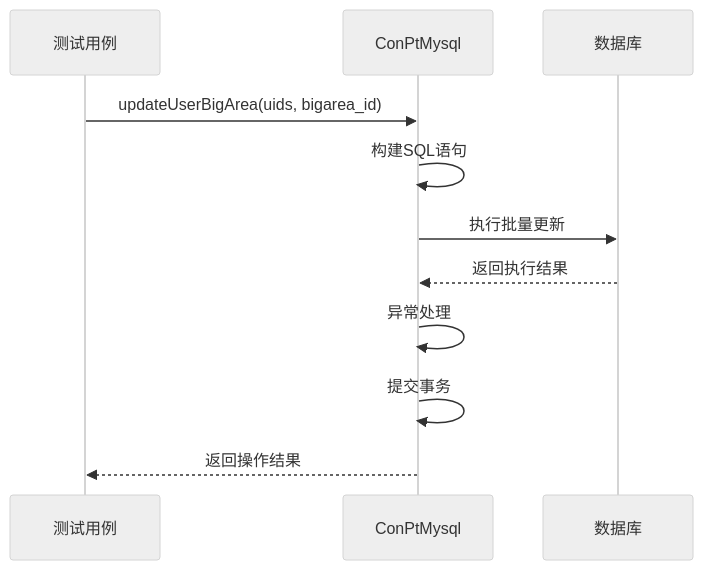
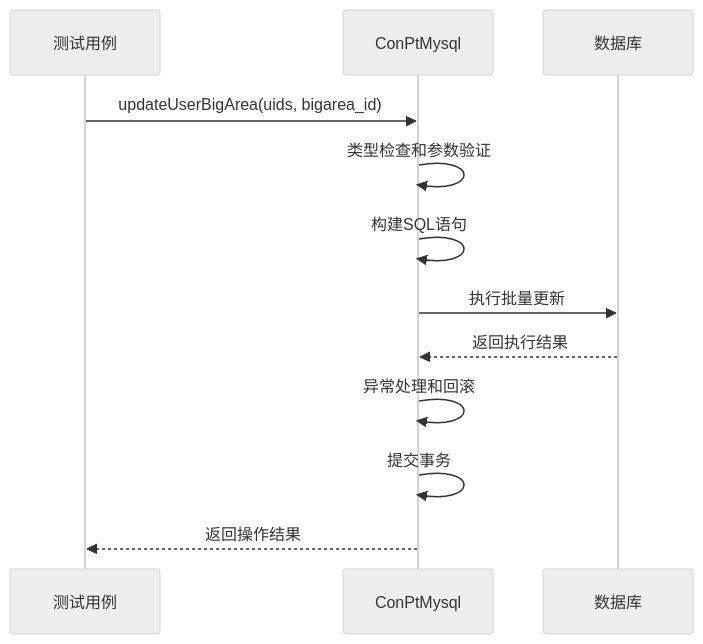
One commit to liximing1-ola/qa-payTest changed the fourth of 8 diagrams in .qoder/repowiki/zh/content/核心模块/数据库操作模块.md. Above: the diagram before and after it, drawn with Mermaid (neutral theme). The commit also changed other lines of this file and 3 other files, not shown here.

````diff
--- a/.qoder/repowiki/zh/content/核心模块/数据库操作模块.md
+++ b/.qoder/repowiki/zh/content/核心模块/数据库操作模块.md
@@ -247,13 +269,14 @@
 ```mermaid
 sequenceDiagram
 participant Test as 测试用例
 participant PT as ConPtMysql
 participant DB as 数据库
 Test->>PT : updateUserBigArea(uids, bigarea_id)
+PT->>PT : 类型检查和参数验证
 PT->>PT : 构建SQL语句
 PT->>DB : 执行批量更新
 DB-->>PT : 返回执行结果
-PT->>PT : 异常处理
+PT->>PT : 异常处理和回滚
 PT->>PT : 提交事务
 PT-->>Test : 返回操作结果
 ```
````
